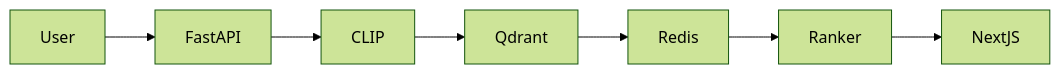
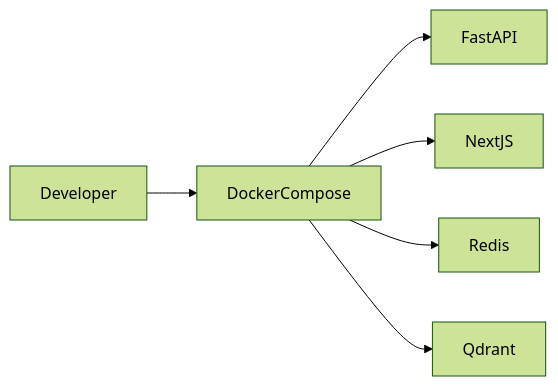
Before and after one commit to VasuML07/searchforge: the third of 37 diagrams in README.md, drawn with Mermaid (forest theme). The commit also changed other lines of this file, not shown here.

````diff
--- a/README.md
+++ b/README.md
@@ -34,9 +562,25 @@
 ```mermaid
 flowchart LR
-User-->FastAPI
-FastAPI-->CLIP
-CLIP-->Qdrant
-Qdrant-->Redis
-Redis-->Ranker
-Ranker-->NextJS
+
+Developer
+
+DockerCompose
+
+FastAPI
+
+NextJS
+
+Redis
+
+Qdrant
+
+Developer --> DockerCompose
+
+DockerCompose --> FastAPI
+
+DockerCompose --> NextJS
+
+DockerCompose --> Redis
+
+DockerCompose --> Qdrant
 ```
````
